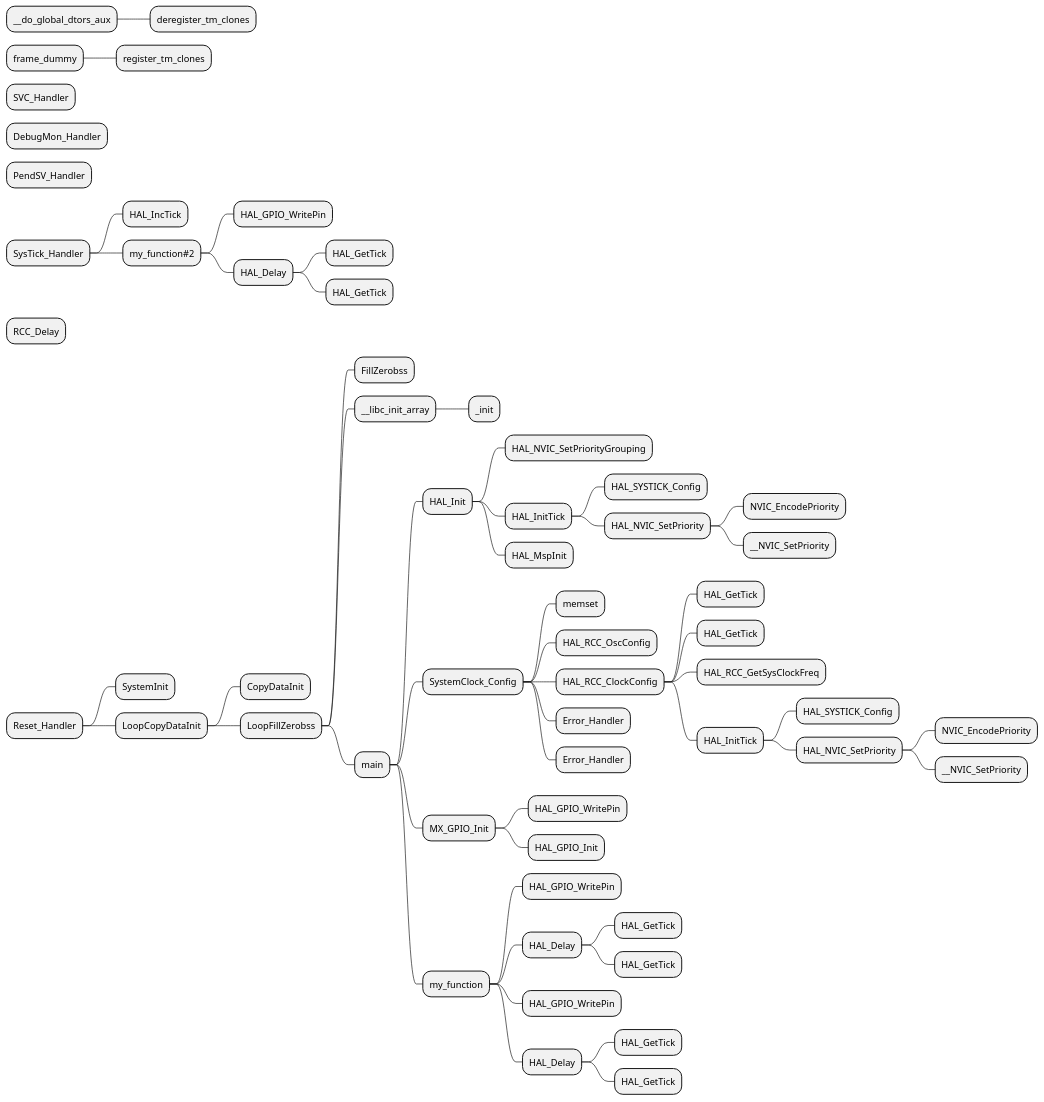
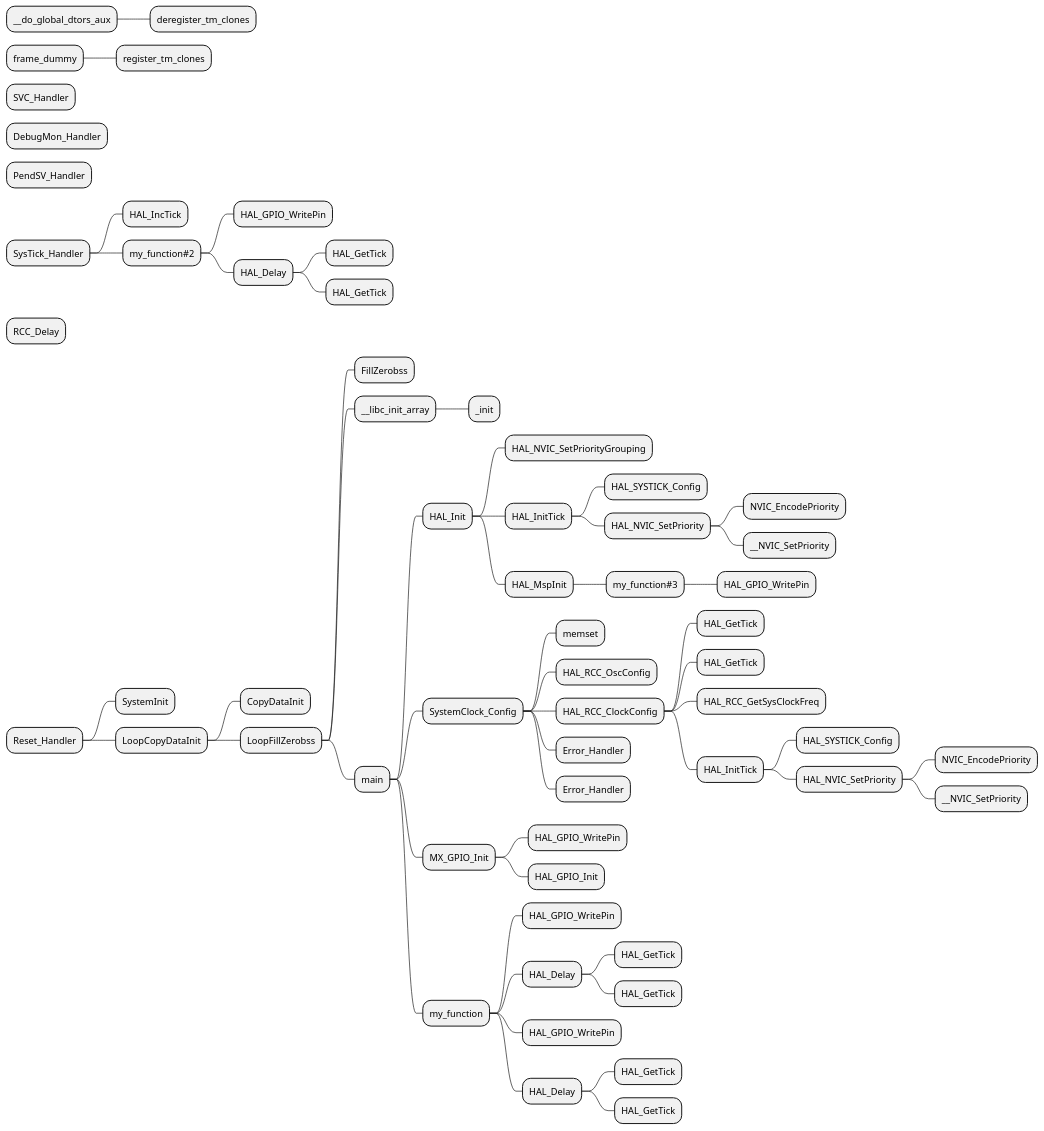
The diagram in debug.pu (AnChangNice/elfcallgraph), drawn with PlantUML before and after one commit. The commit also changed 3 other files, not shown here.

```diff
--- a/debug.pu
+++ b/debug.pu
@@ -1,60 +1,62 @@
 @startmindmap
 * __do_global_dtors_aux
 ** deregister_tm_clones
 * frame_dummy
 ** register_tm_clones
 * SVC_Handler
 * DebugMon_Handler
 * PendSV_Handler
 * SysTick_Handler
 ** HAL_IncTick
 ** my_function#2
 *** HAL_GPIO_WritePin
 *** HAL_Delay
 **** HAL_GetTick
 **** HAL_GetTick
 * RCC_Delay
 * Reset_Handler
 ** SystemInit
 ** LoopCopyDataInit
 *** CopyDataInit
 *** LoopFillZerobss
 **** FillZerobss
 **** __libc_init_array
 ***** _init
 **** main
 ***** HAL_Init
 ****** HAL_NVIC_SetPriorityGrouping
 ****** HAL_InitTick
 ******* HAL_SYSTICK_Config
 ******* HAL_NVIC_SetPriority
 ******** NVIC_EncodePriority
 ******** __NVIC_SetPriority
 ****** HAL_MspInit
+******* my_function#3
+******** HAL_GPIO_WritePin
 ***** SystemClock_Config
 ****** memset
 ****** HAL_RCC_OscConfig
 ****** HAL_RCC_ClockConfig
 ******* HAL_GetTick
 ******* HAL_GetTick
 ******* HAL_RCC_GetSysClockFreq
 ******* HAL_InitTick
 ******** HAL_SYSTICK_Config
 ******** HAL_NVIC_SetPriority
 ********* NVIC_EncodePriority
 ********* __NVIC_SetPriority
 ****** Error_Handler
 ****** Error_Handler
 ***** MX_GPIO_Init
 ****** HAL_GPIO_WritePin
 ****** HAL_GPIO_Init
 ***** my_function
 ****** HAL_GPIO_WritePin
 ****** HAL_Delay
 ******* HAL_GetTick
 ******* HAL_GetTick
 ****** HAL_GPIO_WritePin
 ****** HAL_Delay
 ******* HAL_GetTick
 ******* HAL_GetTick
 @endmindmap
```
